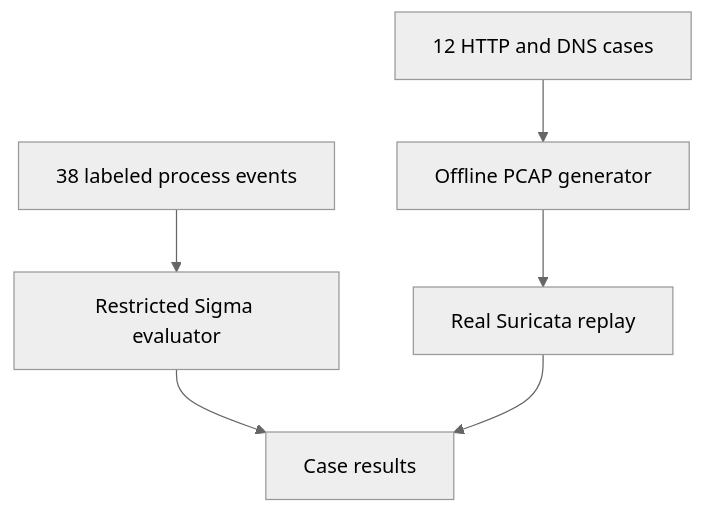
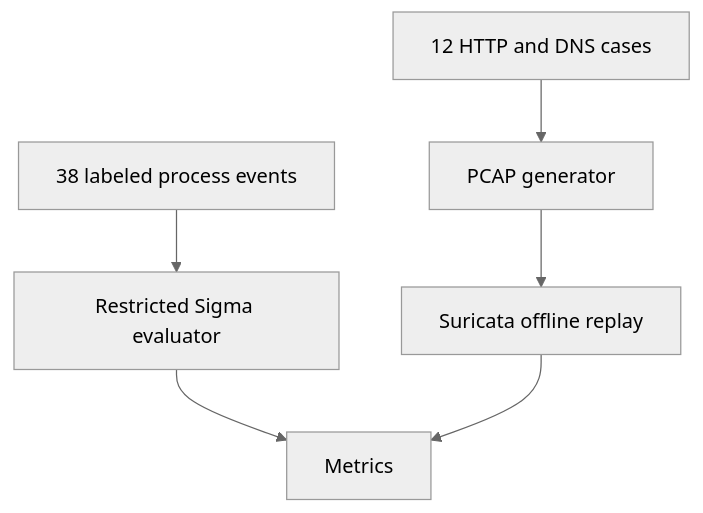
The diagram in sigma-suricata-detection-rules/README.md (mdalamin-infosec/Security-Labs), drawn with Mermaid (neutral theme) before and after one commit. The commit also changed other lines of this file and 35 other files, not shown here.

Commit message:
docs: strengthen validation, architecture and security engineering guidance

````diff
--- a/sigma-suricata-detection-rules/README.md
+++ b/sigma-suricata-detection-rules/README.md
@@ -9,8 +9,8 @@
 ```mermaid
 flowchart TD
   A["38 labeled process events"] --> B["Restricted Sigma evaluator"]
-  C["12 HTTP and DNS cases"] --> D["Offline PCAP generator"]
-  D --> E["Real Suricata replay"]
-  B --> F["Case results"]
+  C["12 HTTP and DNS cases"] --> D["PCAP generator"]
+  D --> E["Suricata offline replay"]
+  B --> F["Metrics"]
   E --> F
 ```
````
